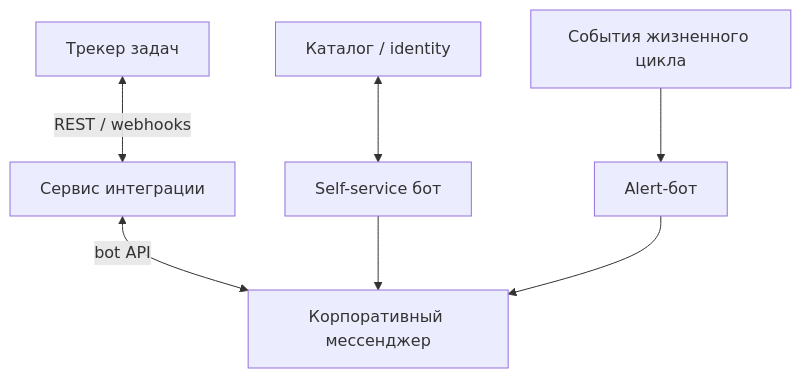
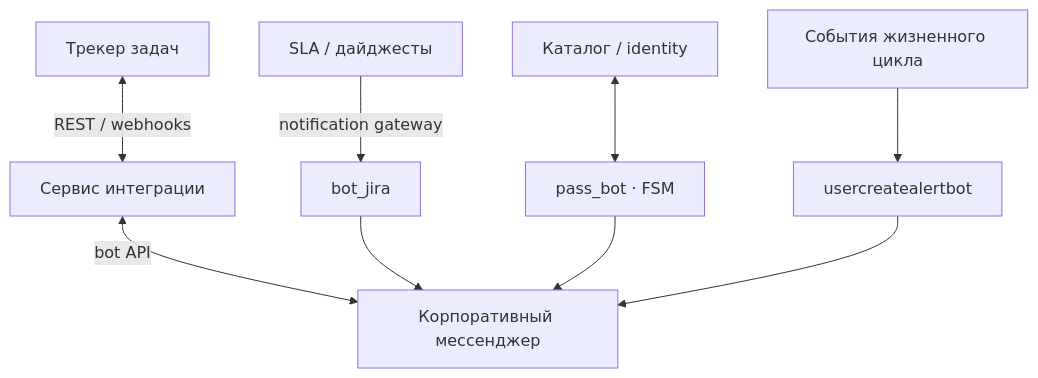
One commit to artyom-ai-dev/portfolio changed the second of 2 diagrams in README.md. Above: the diagram before and after it, drawn with Mermaid. The commit also changed other lines of this file and 2 other files, not shown here.

First line of the commit message:
Обновить кейсы интеграций и identity под новую архитектуру ботов

````diff
--- a/README.md
+++ b/README.md
@@ -80,9 +80,11 @@
 ```mermaid
 flowchart TB
   Tracker[Трекер задач] <-->|REST / webhooks| Bridge[Сервис интеграции]
+  Digests[SLA / дайджесты] -->|notification gateway| DigestBot[bot_jira]
   Bridge <-->|bot API| Chat[Корпоративный мессенджер]
-  Directory[Каталог / identity] <--> Bot[Self-service бот]
-  Events[События жизненного цикла] --> Alerts[Alert-бот]
+  DigestBot --> Chat
+  Directory[Каталог / identity] <--> Bot[pass_bot · FSM]
+  Events[События жизненного цикла] --> Alerts[usercreatealertbot]
   Bot --> Chat
   Alerts --> Chat
 ```
````
